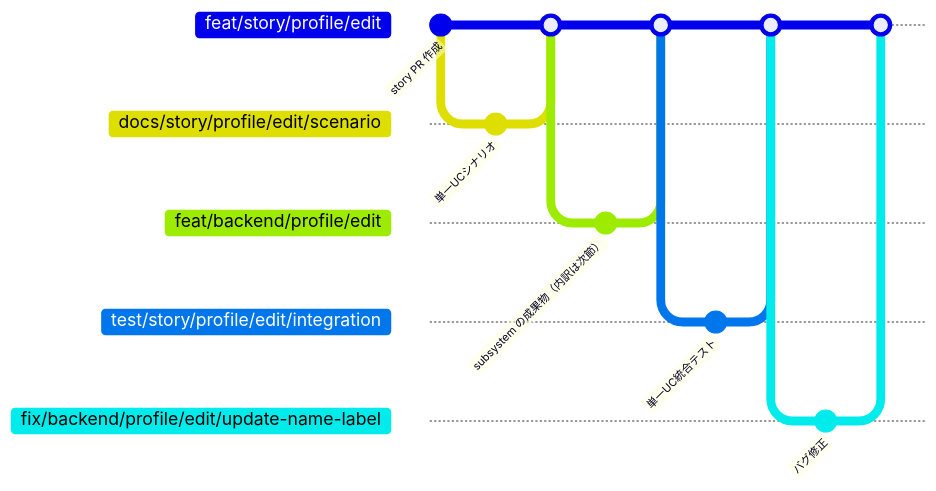
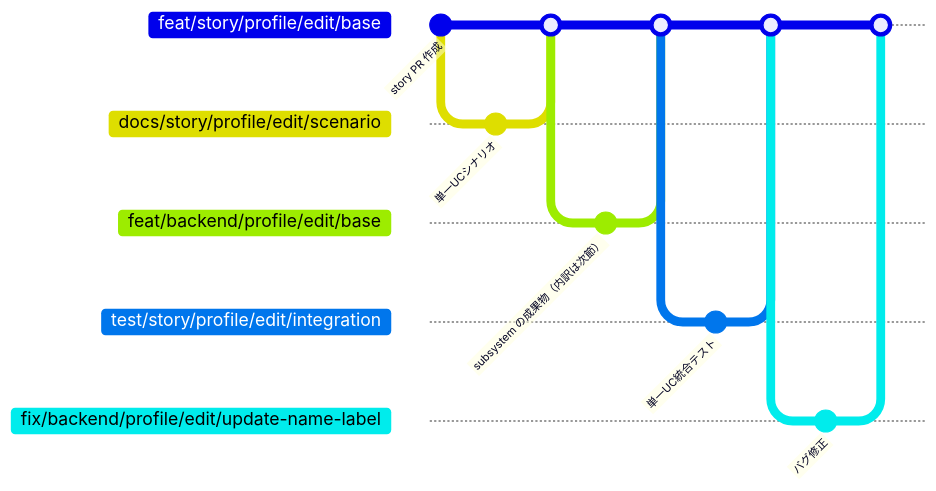
One commit to shuhei1101/ai-monitor changed the third of 5 diagrams in docs/wiki/規約/ブランチ戦略.md. Above: the diagram before and after it, drawn with Mermaid. The commit also changed other lines of this file and 174 other files, not shown here.

````diff
--- a/docs/wiki/規約/ブランチ戦略.md
+++ b/docs/wiki/規約/ブランチ戦略.md
@@ -233,33 +253,33 @@
 ```mermaid
 ---
 config:
   gitGraph:
-    mainBranchName: feat/story/profile/edit
+    mainBranchName: feat/story/profile/edit/base
 ---
 gitGraph
     commit id: "story PR 作成"
 
     branch docs/story/profile/edit/scenario
     checkout docs/story/profile/edit/scenario
     commit id: "単一UCシナリオ"
-    checkout feat/story/profile/edit
+    checkout feat/story/profile/edit/base
     merge docs/story/profile/edit/scenario
 
-    branch feat/backend/profile/edit
-    checkout feat/backend/profile/edit
+    branch feat/backend/profile/edit/base
+    checkout feat/backend/profile/edit/base
     commit id: "subsystem の成果物（内訳は次節）"
-    checkout feat/story/profile/edit
-    merge feat/backend/profile/edit
+    checkout feat/story/profile/edit/base
+    merge feat/backend/profile/edit/base
 
     branch test/story/profile/edit/integration
     checkout test/story/profile/edit/integration
     commit id: "単一UC統合テスト"
-    checkout feat/story/profile/edit
+    checkout feat/story/profile/edit/base
     merge test/story/profile/edit/integration
 
     branch fix/backend/profile/edit/update-name-label
     checkout fix/backend/profile/edit/update-name-label
     commit id: "バグ修正"
-    checkout feat/story/profile/edit
+    checkout feat/story/profile/edit/base
     merge fix/backend/profile/edit/update-name-label
 ```
````
